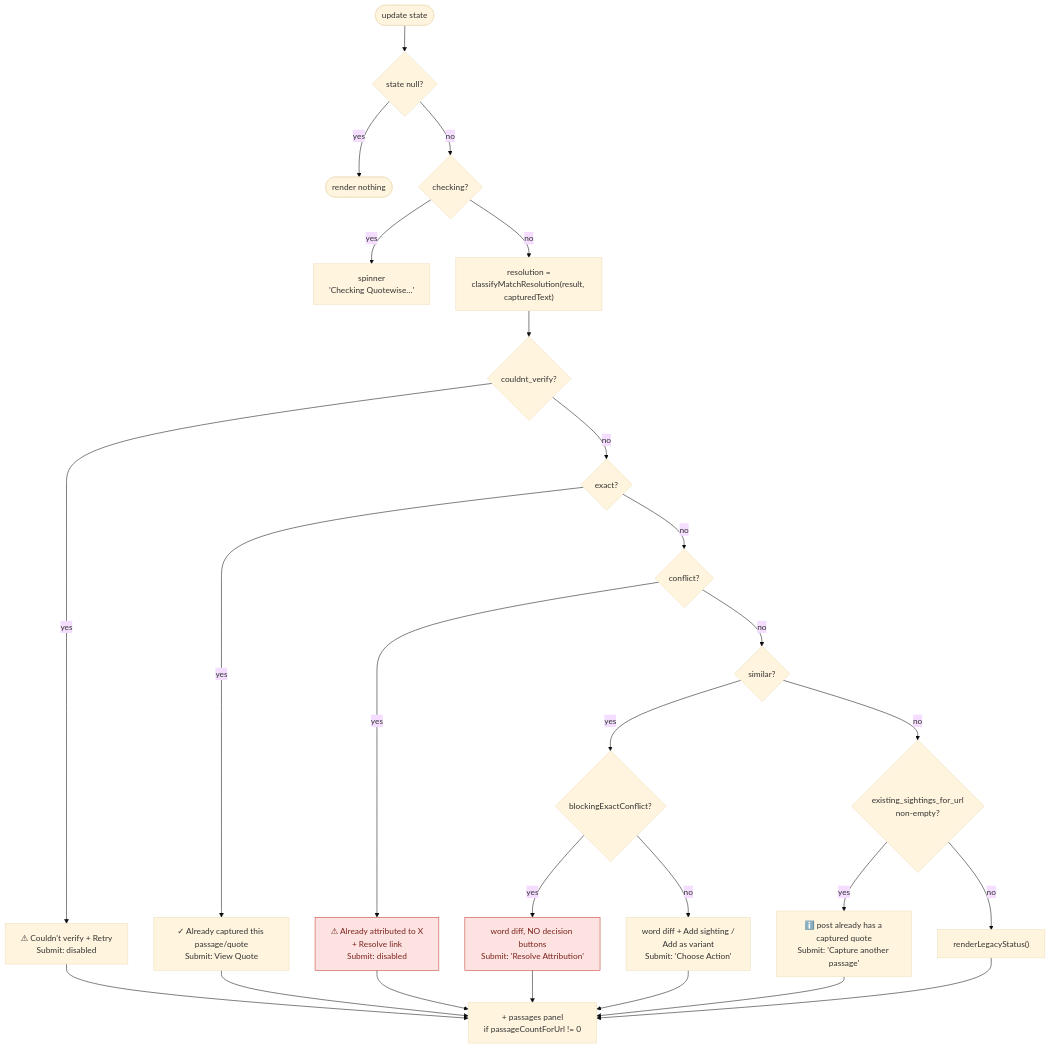
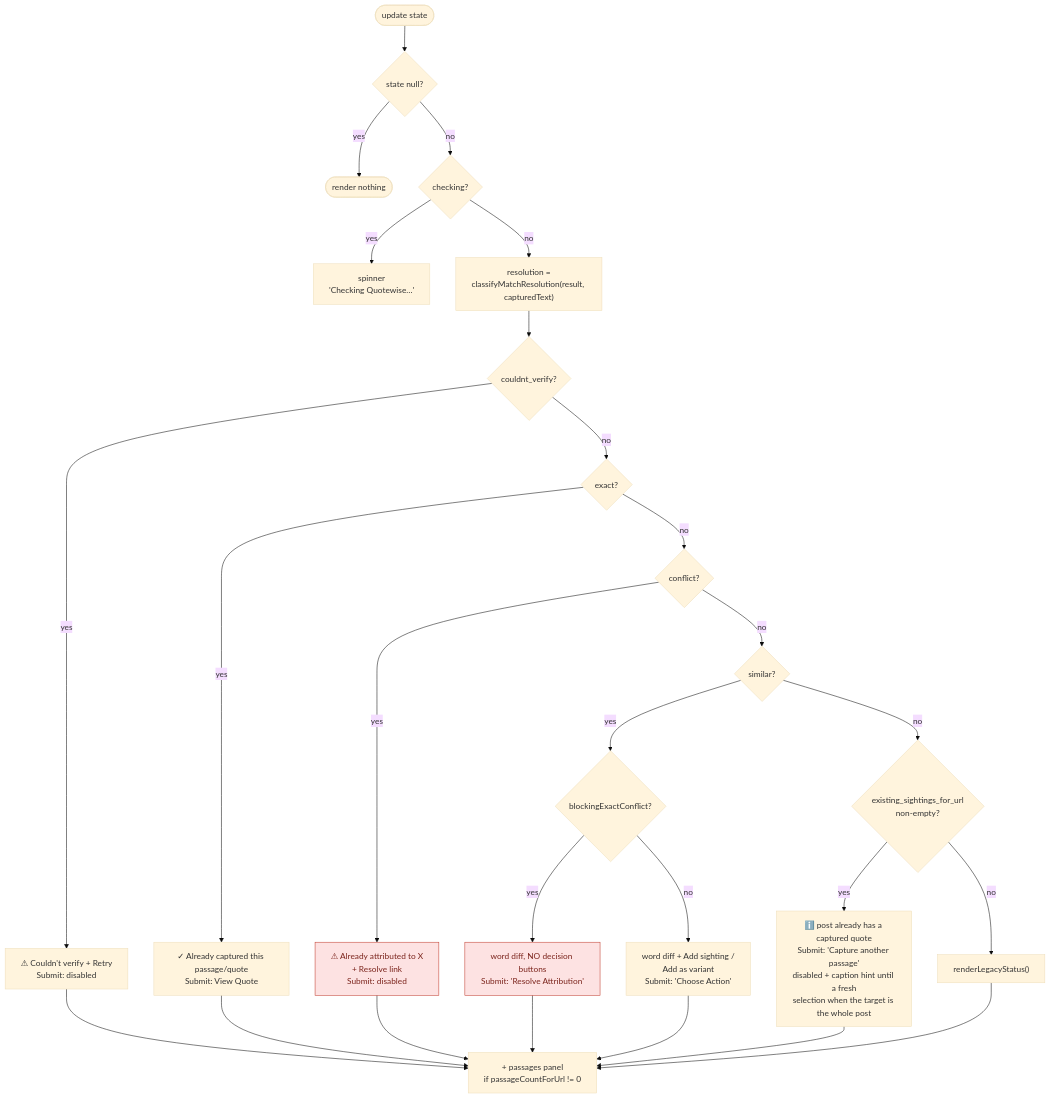
The third of 6 diagrams in docs/status-and-badging-resolution.md (quotewise/quotewise-browser-extension), drawn with Mermaid (base theme) before and after one commit. The commit also changed 3 other files, not shown here.

First line of the commit message:
UX: require a fresh selection before capturing another passage

````diff
--- a/docs/status-and-badging-resolution.md
+++ b/docs/status-and-badging-resolution.md
@@ -216,32 +216,32 @@
 ```mermaid
 flowchart TD
     U([update state]) --> N{state null?}
     N -->|yes| CLEAR([render nothing])
     N -->|no| CHK{checking?}
     CHK -->|yes| SPIN["spinner<br/>'Checking Quotewise…'"]
 
     CHK -->|no| RES["resolution =<br/>classifyMatchResolution(result, capturedText)"]
 
     RES --> CV{couldnt_verify?}
     CV -->|yes| CVR["⚠ Couldn't verify + Retry<br/>Submit: disabled"]
 
     CV -->|no| EX{exact?}
     EX -->|yes| EXR["✓ Already captured this passage/quote<br/>Submit: View Quote"]
 
     EX -->|no| CO{conflict?}
     CO -->|yes| COR["⚠ Already attributed to X<br/>+ Resolve link<br/>Submit: disabled"]
 
     CO -->|no| SIM{similar?}
     SIM -->|yes| BLK{blockingExactConflict?}
     BLK -->|yes| BLKR["word diff, NO decision buttons<br/>Submit: 'Resolve Attribution'"]
     BLK -->|no| SIMR["word diff + Add sighting /<br/>Add as variant<br/>Submit: 'Choose Action'"]
 
     SIM -->|no| URL{"existing_sightings_for_url<br/>non-empty?"}
-    URL -->|yes| URLR["ℹ️ post already has a captured quote<br/>Submit: 'Capture another passage'"]
+    URL -->|yes| URLR["ℹ️ post already has a captured quote<br/>Submit: 'Capture another passage'<br/>disabled + caption hint until a fresh<br/>selection when the target is the whole post"]
     URL -->|no| LEG["renderLegacyStatus()"]
 
     CVR & EXR & COR & BLKR & SIMR & URLR & LEG --> PANEL["+ passages panel<br/>if passageCountForUrl != 0"]
 
     classDef danger fill:#fde2e2,stroke:#c0392b,color:#7b241c
     class COR,BLKR danger
 ```
````
